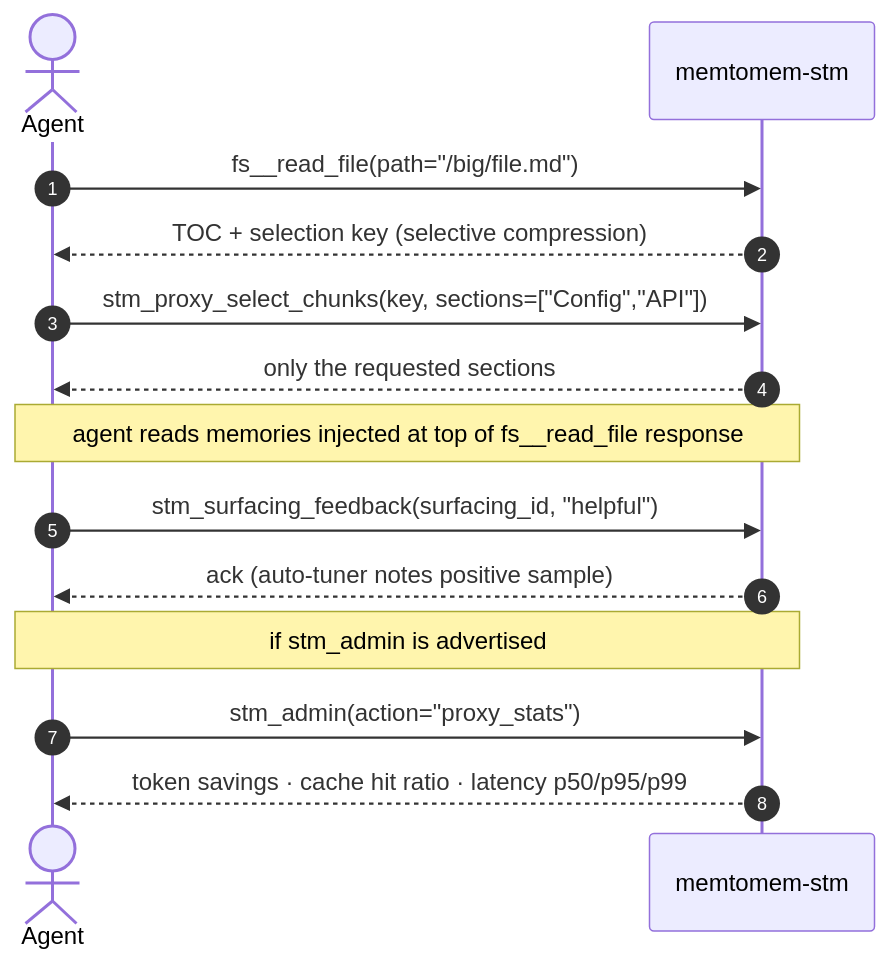
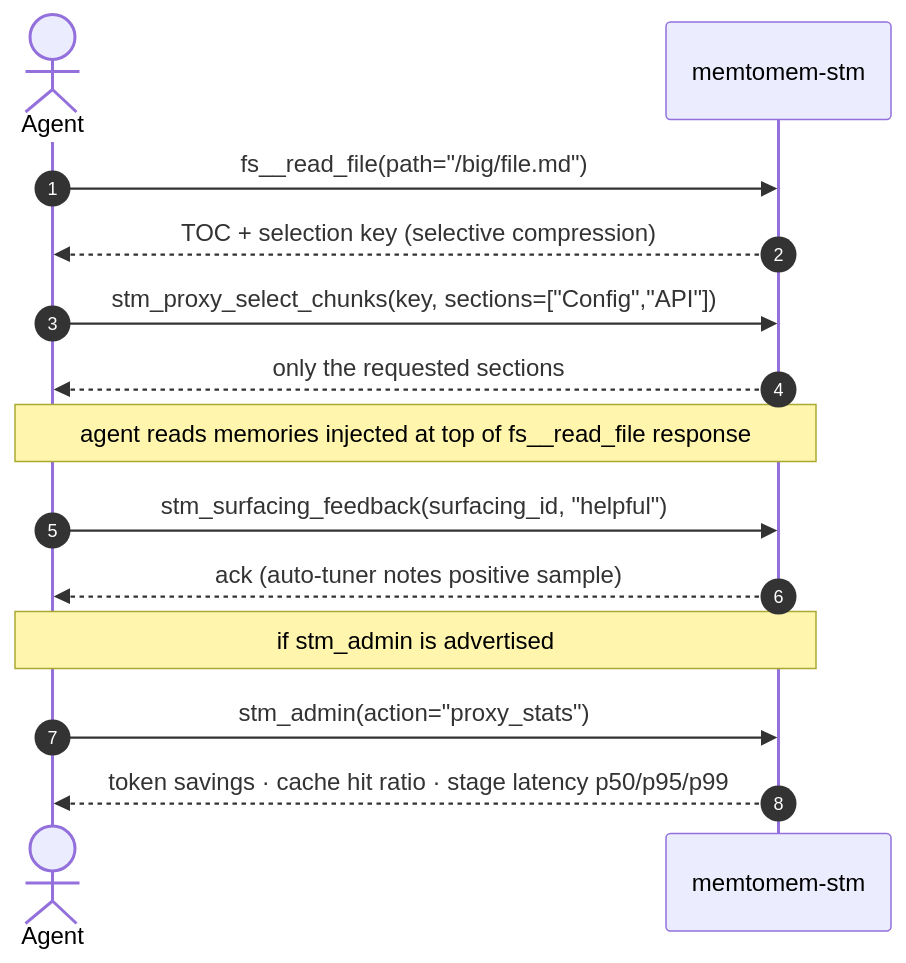
One commit to memtomem/memtomem-stm changed the second of 2 diagrams in docs/cli.md. Above: the diagram before and after it, drawn with Mermaid. The commit also changed 4 other files, not shown here.

First line of the commit message:
fix(stats): print proxy_stats stage latency and say what it covers (#1315)

````diff
--- a/docs/cli.md
+++ b/docs/cli.md
@@ -1465,17 +1465,17 @@
 ```mermaid
 sequenceDiagram
     autonumber
     actor Agent
     participant STM as memtomem-stm
 
     Agent->>STM: fs__read_file(path="/big/file.md")
     STM-->>Agent: TOC + selection key (selective compression)
     Agent->>STM: stm_proxy_select_chunks(key, sections=["Config","API"])
     STM-->>Agent: only the requested sections
     Note over Agent,STM: agent reads memories injected at top of fs__read_file response
     Agent->>STM: stm_surfacing_feedback(surfacing_id, "helpful")
     STM-->>Agent: ack (auto-tuner notes positive sample)
     Note over Agent,STM: if stm_admin is advertised
     Agent->>STM: stm_admin(action="proxy_stats")
-    STM-->>Agent: token savings · cache hit ratio · latency p50/p95/p99
+    STM-->>Agent: token savings · cache hit ratio · stage latency p50/p95/p99
 ```
````
